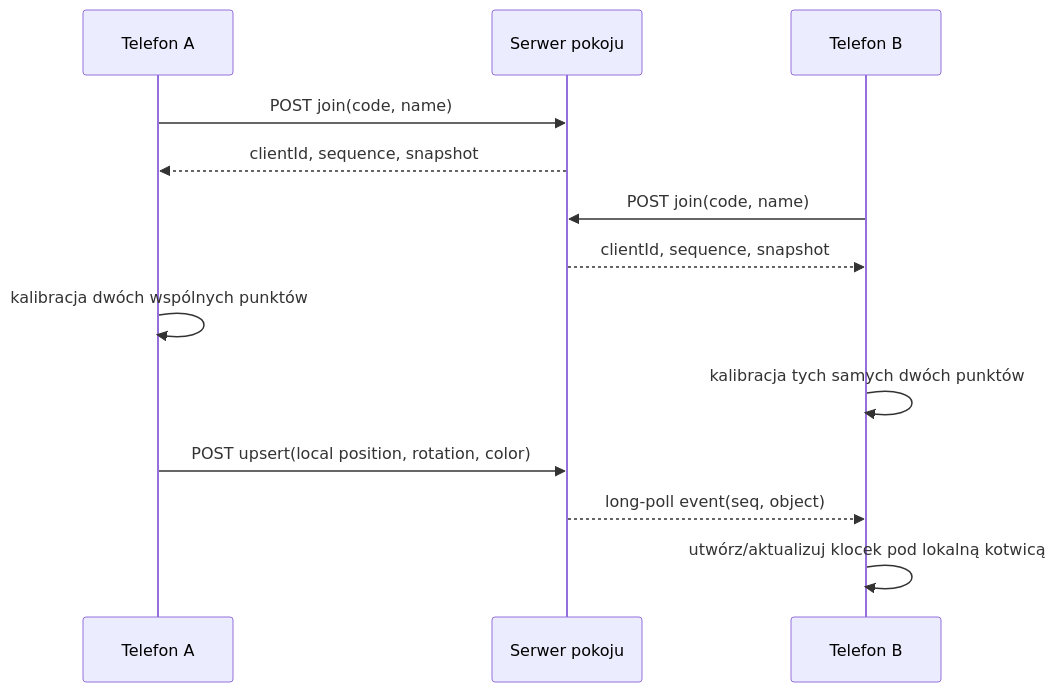
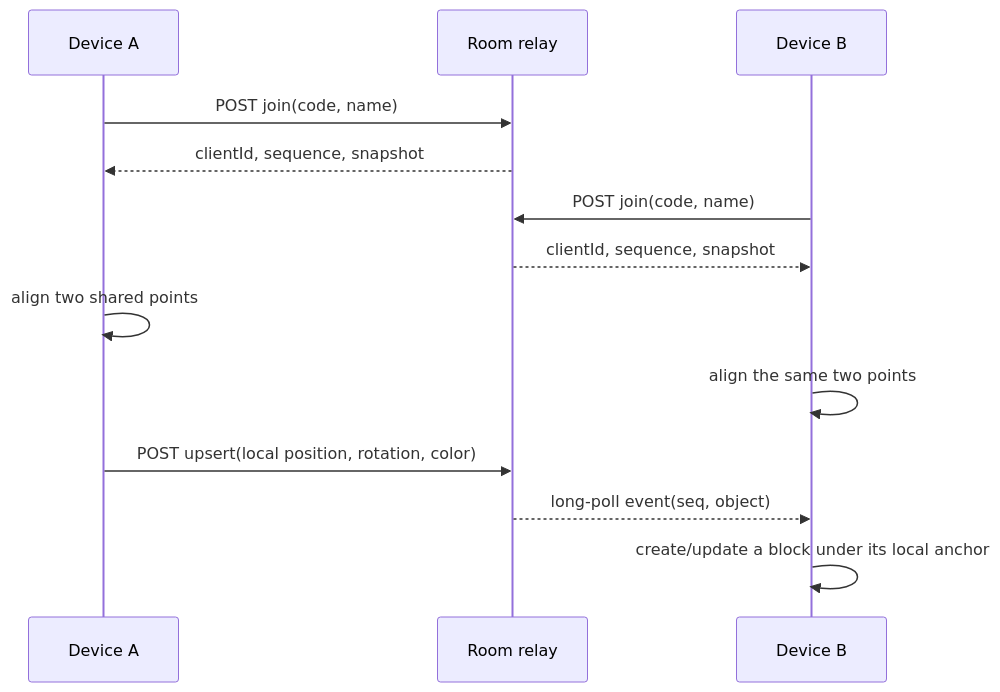
One commit to Mr444-dev/shared-ar-workshop changed the second of 2 diagrams in docs/architecture.md. Above: the diagram before and after it, drawn with Mermaid. The commit also changed other lines of this file and 18 other files, not shown here.

Commit message:
Add relay tests and secure CI for Shared AR Workshop

````diff
--- a/docs/architecture.md
+++ b/docs/architecture.md
@@ -25,15 +25,15 @@
 ```mermaid
 sequenceDiagram
-  participant A as Telefon A
-  participant S as Serwer pokoju
-  participant B as Telefon B
+  participant A as Device A
+  participant S as Room relay
+  participant B as Device B
   A->>S: POST join(code, name)
   S-->>A: clientId, sequence, snapshot
   B->>S: POST join(code, name)
   S-->>B: clientId, sequence, snapshot
-  A->>A: kalibracja dwóch wspólnych punktów
-  B->>B: kalibracja tych samych dwóch punktów
+  A->>A: align two shared points
+  B->>B: align the same two points
   A->>S: POST upsert(local position, rotation, color)
   S-->>B: long-poll event(seq, object)
-  B->>B: utwórz/aktualizuj klocek pod lokalną kotwicą
+  B->>B: create/update a block under its local anchor
 ```
````
